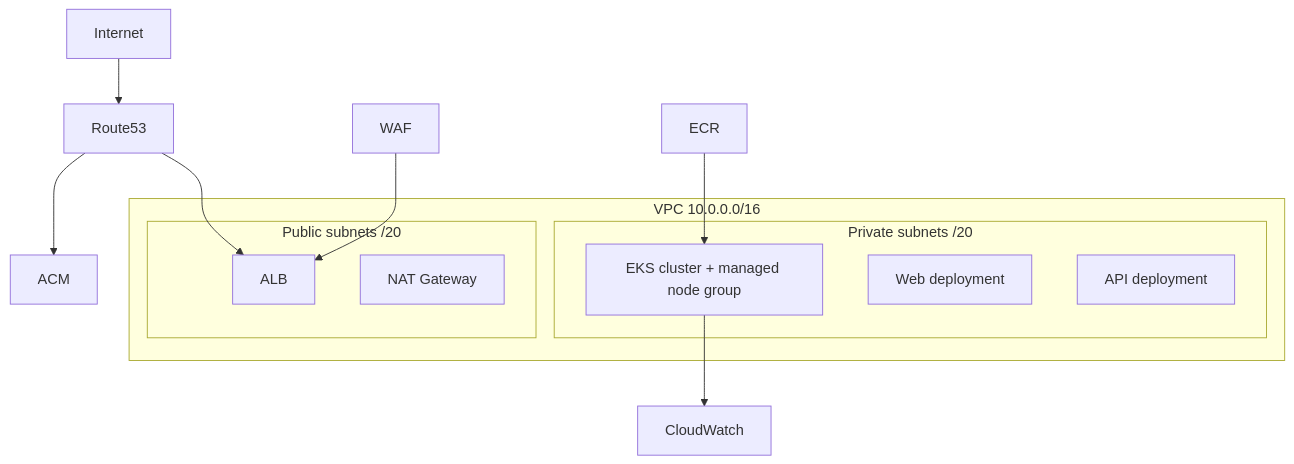
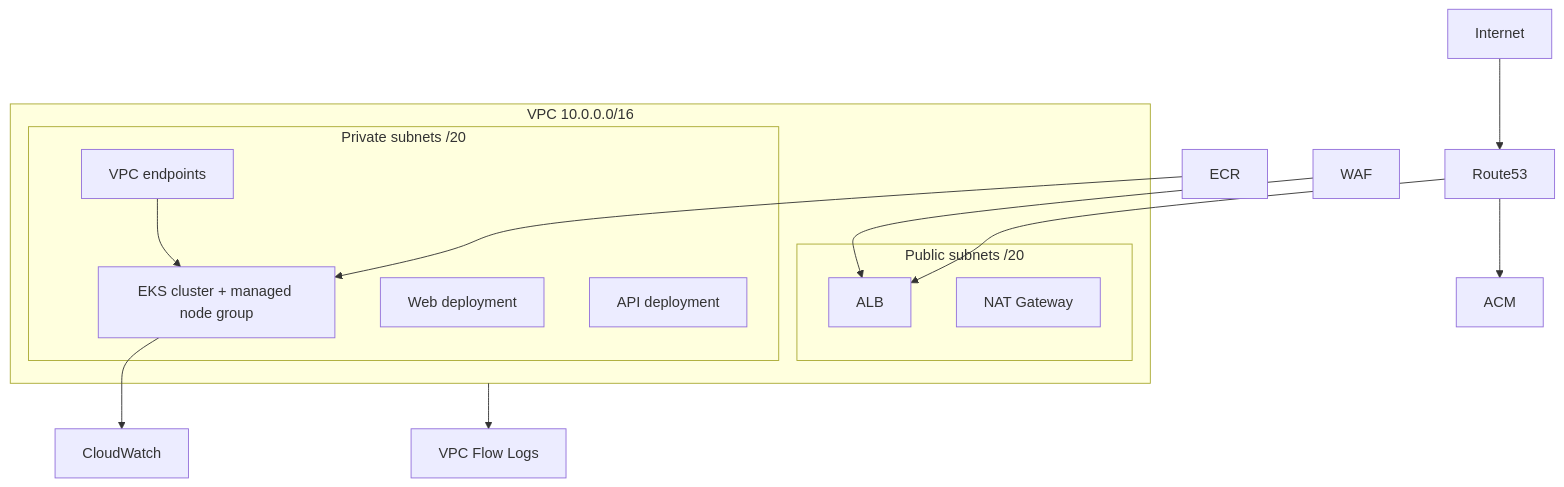
Before and after one commit to yrachakonda/nodejs-weather-docker-poc: the second of 2 diagrams in docs/architecture.md, drawn with Mermaid. The commit also changed other lines of this file and 60 other files, not shown here.

````diff
--- a/docs/architecture.md
+++ b/docs/architecture.md
@@ -19,23 +19,26 @@
 ```mermaid
 flowchart TB
   Internet --> Route53
   Route53 --> ACM
   Route53 --> ALB
   WAF --> ALB
 
   subgraph VPC["VPC 10.0.0.0/16"]
     subgraph Public["Public subnets /20"]
       ALB
       NAT["NAT Gateway"]
     end
 
     subgraph Private["Private subnets /20"]
       EKS["EKS cluster + managed node group"]
       WebUI["Web deployment"]
       API["API deployment"]
+      VPCE["VPC endpoints"]
     end
   end
 
   ECR --> EKS
+  VPCE --> EKS
   EKS --> CloudWatch
+  VPC["VPC 10.0.0.0/16"] --> FlowLogs["VPC Flow Logs"]
 ```
````
